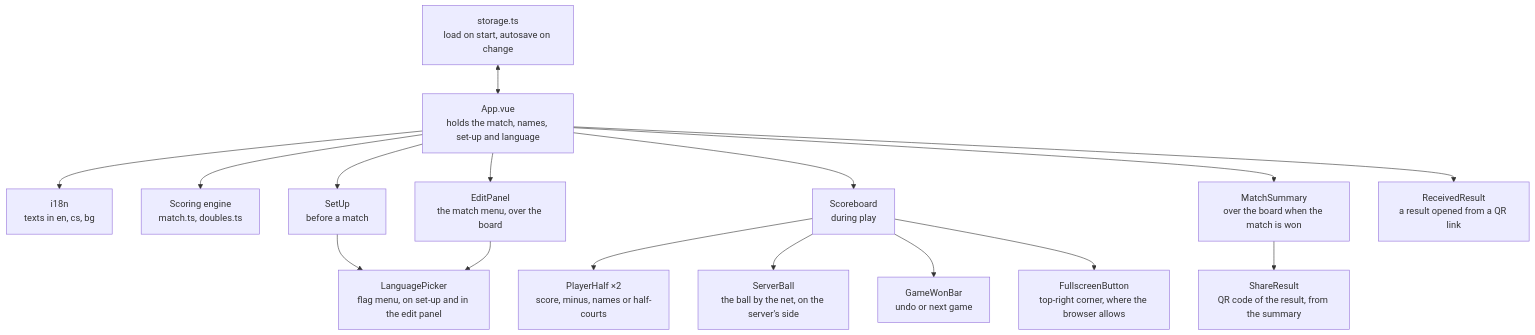
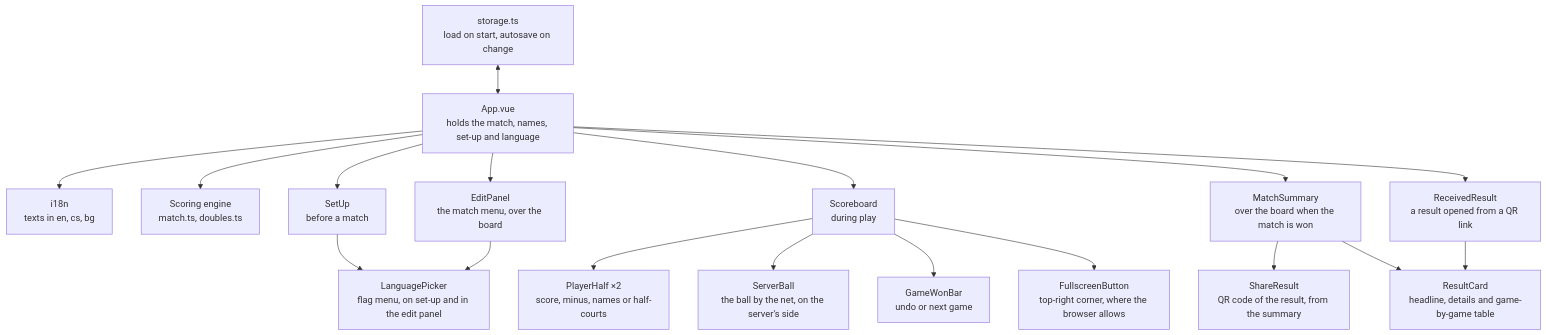
One commit to mayamalakova/score-counter changed the second of 2 diagrams in docs/architecture.md. Above: the diagram before and after it, drawn with Mermaid. The commit also changed other lines of this file and 4 other files, not shown here.

First line of the commit message:
Show results through one ResultCard

````diff
--- a/docs/architecture.md
+++ b/docs/architecture.md
@@ -97,36 +97,39 @@
 ```mermaid
 flowchart TD
     storage["storage.ts<br/>load on start, autosave on change"]
     app["App.vue<br/>holds the match, names, set-up and language"]
     i18n["i18n<br/>texts in en, cs, bg"]
     engine["Scoring engine<br/>match.ts, doubles.ts"]
 
     setup["SetUp<br/>before a match"]
     board["Scoreboard<br/>during play"]
     summary["MatchSummary<br/>over the board when the match is won"]
     edit["EditPanel<br/>the match menu, over the board"]
     share["ShareResult<br/>QR code of the result, from the summary"]
     received["ReceivedResult<br/>a result opened from a QR link"]
 
     half["PlayerHalf ×2<br/>score, minus, names or half-courts"]
     ball["ServerBall<br/>the ball by the net, on the server's side"]
     bar["GameWonBar<br/>undo or next game"]
     full["FullscreenButton<br/>top-right corner, where the browser allows"]
     picker["LanguagePicker<br/>flag menu, on set-up and in the edit panel"]
+    card["ResultCard<br/>headline, details and game-by-game table"]
 
     storage <--> app
     app --> i18n
     app --> engine
     app --> setup
     app --> board
     app --> summary
     app --> edit
     app --> received
     summary --> share
     board --> half
     board --> ball
     board --> bar
     board --> full
     setup --> picker
     edit --> picker
+    summary --> card
+    received --> card
 ```
````
